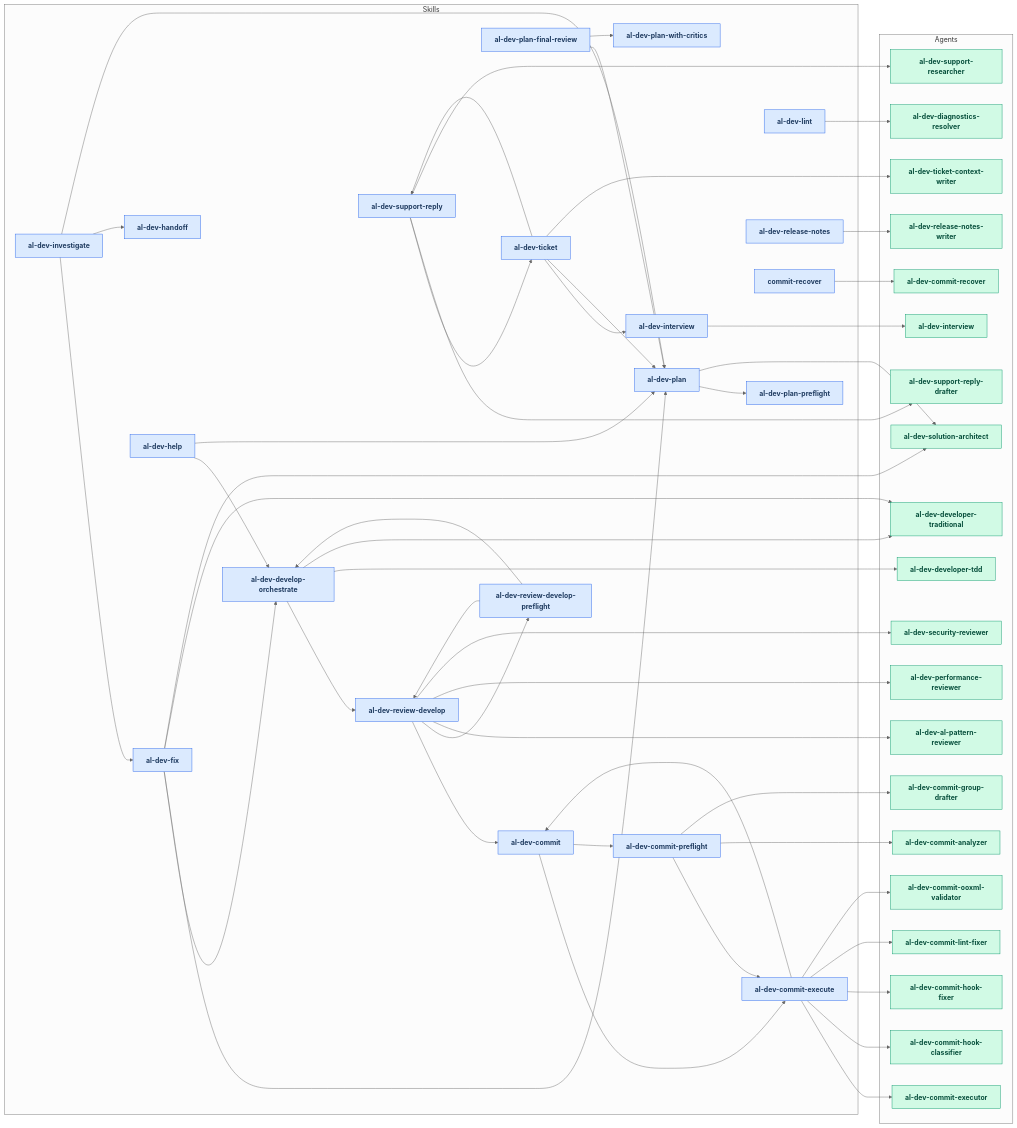
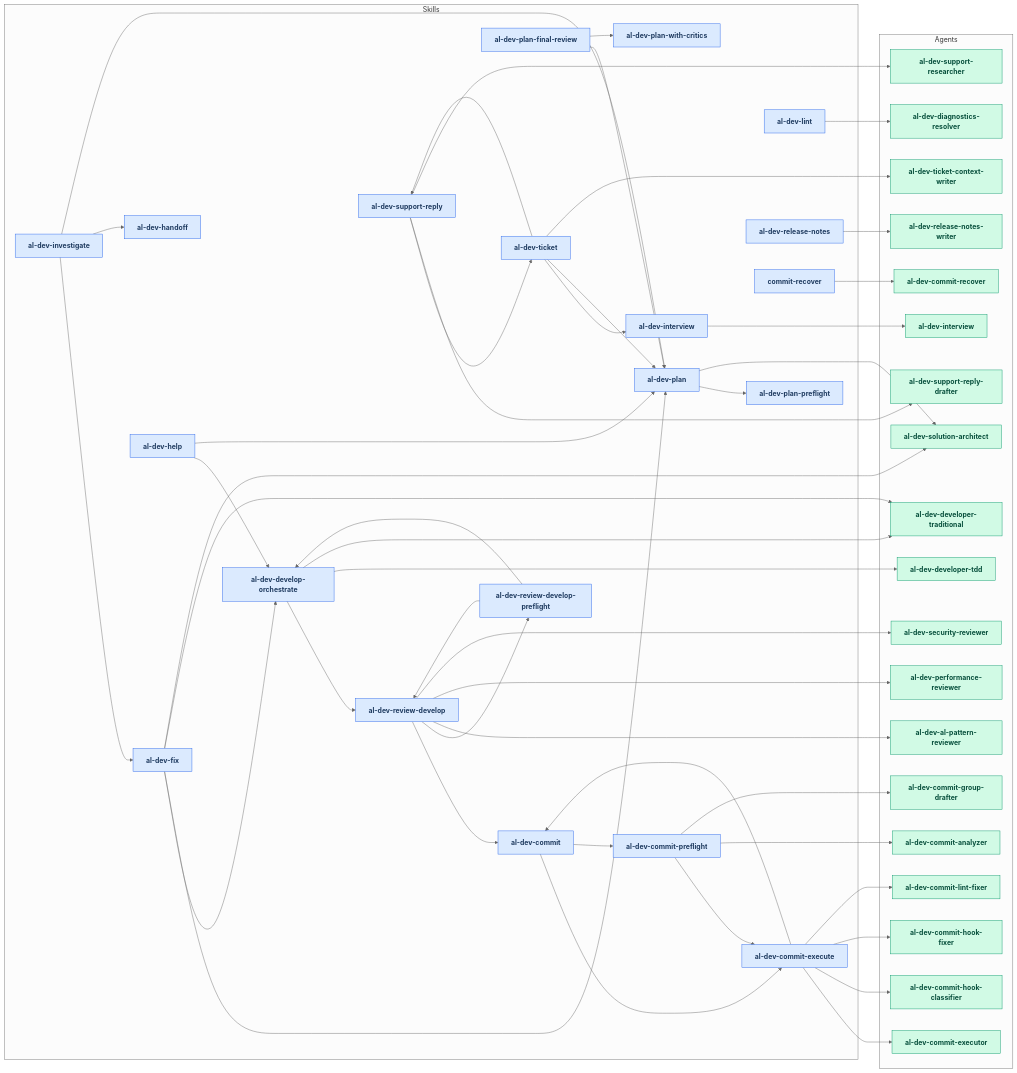
One commit to russell-laing/al-dev-shared changed the first of 2 diagrams in docs/al-dev-workflow-diagrams.md. Above: the diagram before and after it, drawn with Mermaid (neutral theme). The commit also changed other lines of this file and 5 other files, not shown here.

```diff
--- a/docs/al-dev-workflow-diagrams.md
+++ b/docs/al-dev-workflow-diagrams.md
@@ -41,7 +41,6 @@
         agent_al_dev_commit_hook_classifier[al-dev-commit-hook-classifier]
         agent_al_dev_commit_hook_fixer[al-dev-commit-hook-fixer]
         agent_al_dev_commit_lint_fixer[al-dev-commit-lint-fixer]
-        agent_al_dev_commit_ooxml_validator[al-dev-commit-ooxml-validator]
         agent_al_dev_commit_recover[al-dev-commit-recover]
         agent_al_dev_developer_tdd[al-dev-developer-tdd]
         agent_al_dev_developer_traditional[al-dev-developer-traditional]
@@ -83,7 +82,6 @@
     skill_al_dev_commit_execute --> agent_al_dev_commit_hook_classifier
     skill_al_dev_commit_execute --> agent_al_dev_commit_hook_fixer
     skill_al_dev_commit_execute --> agent_al_dev_commit_lint_fixer
-    skill_al_dev_commit_execute --> agent_al_dev_commit_ooxml_validator
     skill_al_dev_commit_preflight --> agent_al_dev_commit_analyzer
     skill_al_dev_commit_preflight --> agent_al_dev_commit_group_drafter
     skill_al_dev_develop_orchestrate --> agent_al_dev_developer_tdd
@@ -129,7 +127,6 @@
     class agent_al_dev_commit_hook_classifier agentNode
     class agent_al_dev_commit_hook_fixer agentNode
     class agent_al_dev_commit_lint_fixer agentNode
-    class agent_al_dev_commit_ooxml_validator agentNode
     class agent_al_dev_commit_recover agentNode
     class agent_al_dev_developer_tdd agentNode
     class agent_al_dev_developer_traditional agentNode
```
